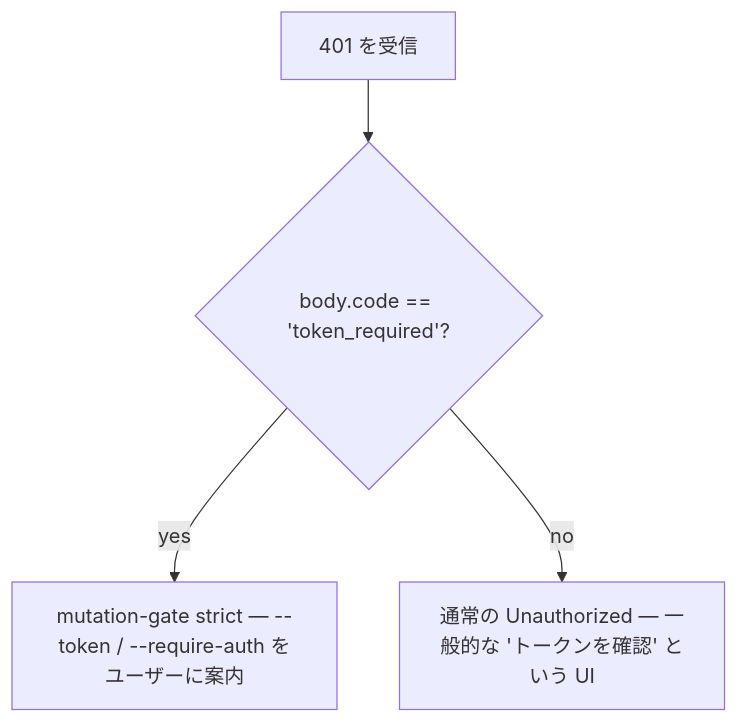
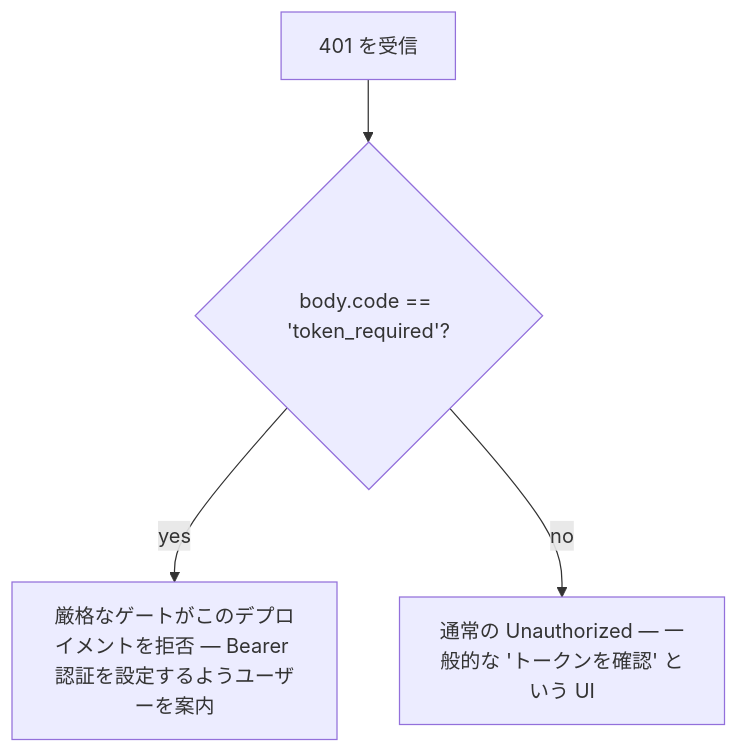
Before and after one commit to QwenLM/qwen-code-docs: the second of 2 diagrams in website/content/ja/developers/daemon/18-error-taxonomy.md, drawn with Mermaid. The commit also changed other lines of this file and 267 other files, not shown here.

````diff
--- a/website/content/ja/developers/daemon/18-error-taxonomy.md
+++ b/website/content/ja/developers/daemon/18-error-taxonomy.md
@@ -138,6 +138,6 @@
 ```mermaid
 flowchart TD
     A["401 を受信"] --> B{"body.code == 'token_required'?"}
-    B -->|yes| C["mutation-gate strict — --token / --require-auth をユーザーに案内"]
+    B -->|yes| C["厳格なゲートがこのデプロイメントを拒否 — Bearer 認証を設定するようユーザーを案内"]
     B -->|no| D["通常の Unauthorized — 一般的な 'トークンを確認' という UI"]
 ```
````
